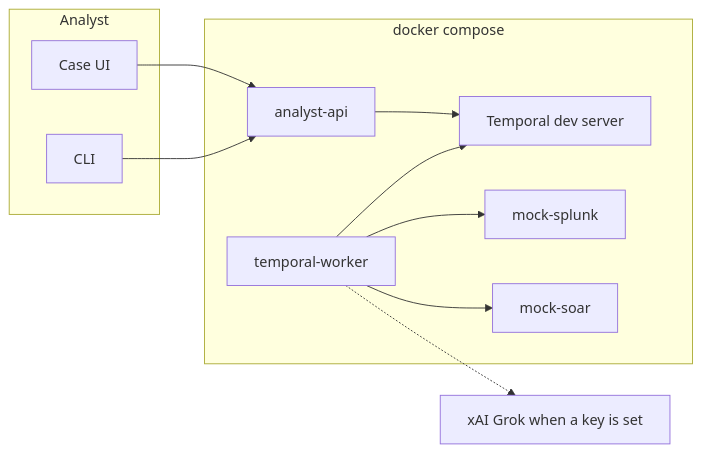
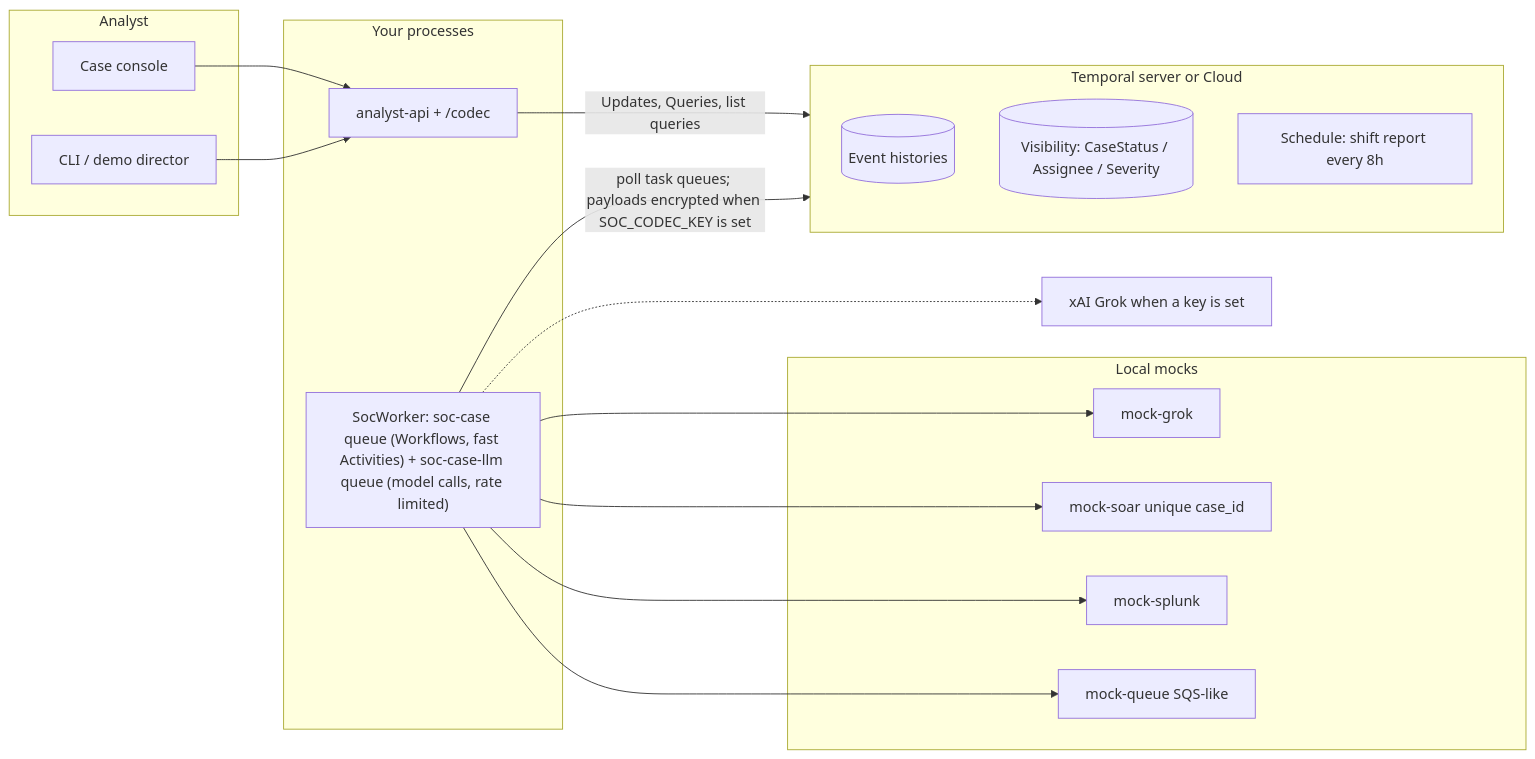
The diagram in diagrams/architecture.mmd (vihag/temporal-soc-agents), drawn with Mermaid before and after one commit. The commit also changed 13 other files, not shown here.

Commit message:
docs: CODE_TOUR as a 10-lesson Temporal learning path (+ guarantees table, build script, drift test); README/DEMO/CHECKLIST/DESIGN-v2 for v3; diagrams with ASSIGNED/PARKED and the v3 architecture; screenshots (#10)

```diff
--- a/diagrams/architecture.mmd
+++ b/diagrams/architecture.mmd
@@ -1,20 +1,30 @@
 flowchart LR
   subgraph clients [Analyst]
-    UI[Case UI]
-    CLI[CLI]
+    UI[Case console]
+    CLI[CLI / demo director]
   end
-  subgraph compose [docker compose]
-    API[analyst-api]
-    Worker[temporal-worker]
-    Temporal[Temporal dev server]
+  subgraph app [Your processes]
+    API[analyst-api + /codec]
+    Worker["SocWorker: soc-case queue (Workflows, fast Activities) + soc-case-llm queue (model calls, rate limited)"]
+  end
+  subgraph temporal [Temporal server or Cloud]
+    Hist[(Event histories)]
+    Vis[(Visibility: CaseStatus / Assignee / Severity)]
+    Sched[Schedule: shift report every 8h]
+  end
+  subgraph mocks [Local mocks]
+    Queue[mock-queue SQS-like]
     Splunk[mock-splunk]
-    Soar[mock-soar]
+    Soar[mock-soar unique case_id]
+    MGrok[mock-grok]
   end
   Grok[xAI Grok when a key is set]
   UI --> API
   CLI --> API
-  API --> Temporal
-  Worker --> Temporal
+  API -->|Updates, Queries, list queries| temporal
+  Worker -->|"poll task queues; payloads encrypted when SOC_CODEC_KEY is set"| temporal
+  Worker --> Queue
   Worker --> Splunk
   Worker --> Soar
+  Worker --> MGrok
   Worker -.-> Grok
```
